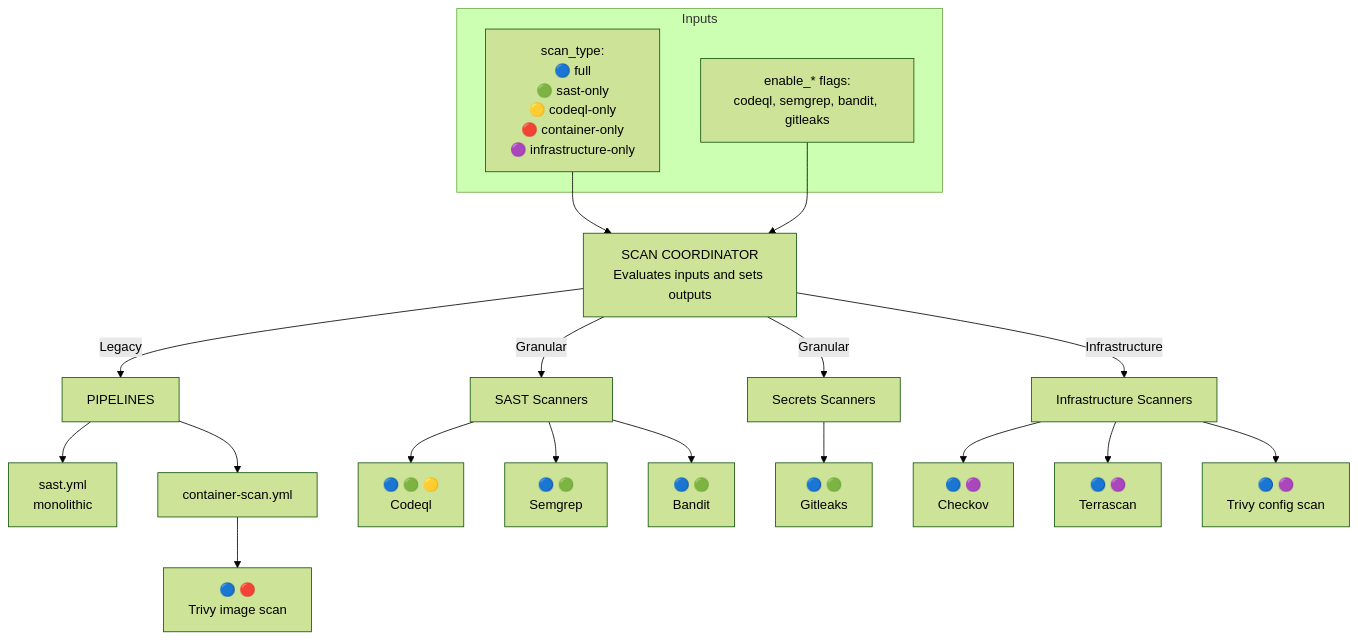
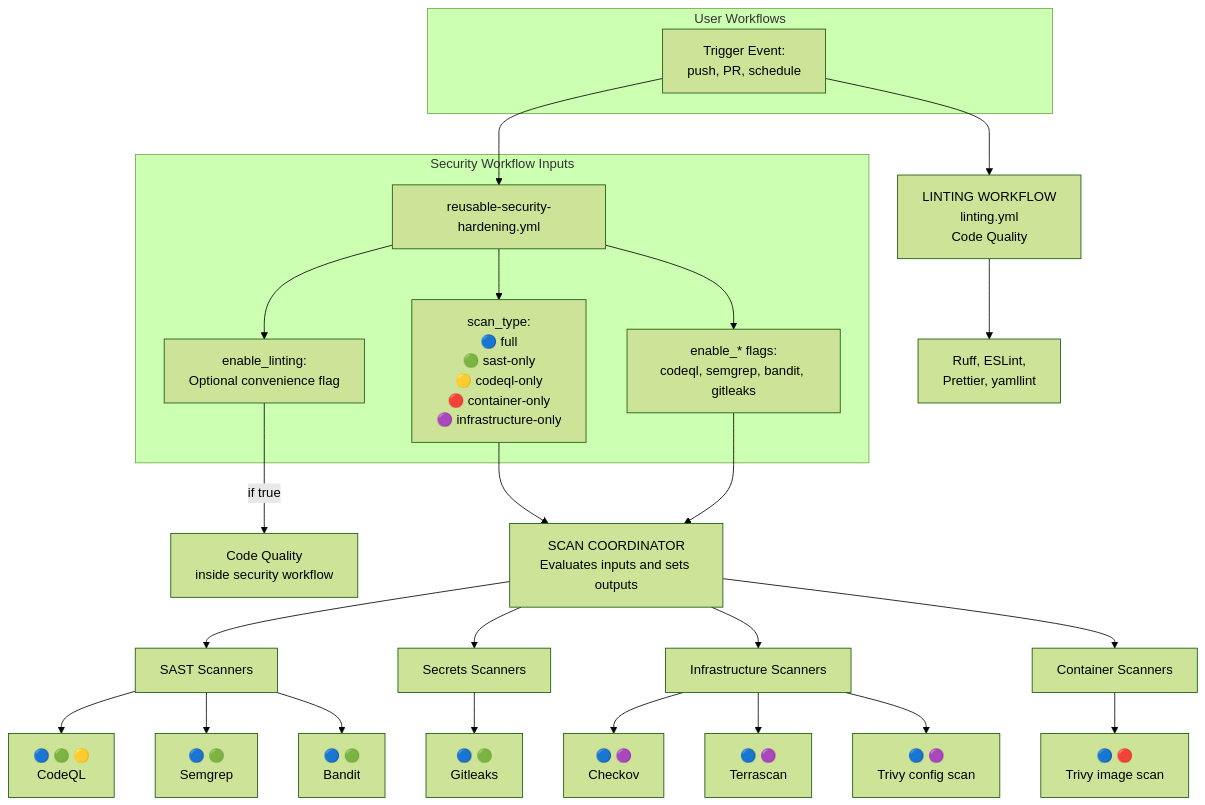
The first of 2 diagrams in docs/architecture.md (huntridge-labs/hardening-workflows), drawn with Mermaid (forest theme) before and after one commit. The commit also changed other lines of this file and 5 other files, not shown here.

First line of the commit message:
feat: separate linting into independent workflow with optional integration

````diff
--- a/docs/architecture.md
+++ b/docs/architecture.md
@@ -6,32 +6,47 @@
 ```mermaid
 graph TB
-    subgraph Inputs
+    subgraph "User Workflows"
+        TRIGGER[Trigger Event:<br/>push, PR, schedule]
+    end
+    
+    TRIGGER --> LINT[LINTING WORKFLOW<br/>linting.yml<br/>Code Quality]
+    TRIGGER --> SEC_INPUT
+    
+    subgraph "Security Workflow Inputs"
+        SEC_INPUT[reusable-security-hardening.yml]
         ST["scan_type:<br/>🔵 full<br/>🟢 sast-only<br/>🟡 codeql-only<br/>🔴 container-only<br/>🟣 infrastructure-only"]
         EF[enable_* flags:<br/>codeql, semgrep, bandit, gitleaks]
+        EL[enable_linting:<br/>Optional convenience flag]
     end
+    
+    SEC_INPUT --> ST
+    SEC_INPUT --> EF
+    SEC_INPUT --> EL
+    
+    LINT --> LINT_TOOLS[Ruff, ESLint,<br/>Prettier, yamllint]
+    
+    EL --> |if true| LINT_IN_SEC[Code Quality<br/>inside security workflow]
     
     ST --> SC
     EF --> SC
     
     SC[SCAN COORDINATOR<br/>Evaluates inputs and sets outputs]
     
-    SC --> |Legacy| PL[PIPELINES]
-    SC --> |Granular| SAST_DIR[SAST Scanners]
-    SC --> |Granular| SEC_DIR[Secrets Scanners]
-    SC --> |Infrastructure| IF[Infrastructure Scanners]
+    SC --> SAST_DIR[SAST Scanners]
+    SC --> SEC_DIR[Secrets Scanners]
+    SC --> INFRA_DIR[Infrastructure Scanners]
+    SC --> CONTAINER_DIR[Container Scanners]
     
-    PL --> SAST[sast.yml<br/>monolithic]
-    PL --> CS[container-scan.yml]
-    
-    SAST_DIR --> CQ["🔵 🟢 🟡<br/>Codeql"]
+    SAST_DIR --> CQ["🔵 🟢 🟡<br/>CodeQL"]
     SAST_DIR --> SG["🔵 🟢<br/>Semgrep"]
     SAST_DIR --> BD["🔵 🟢<br/>Bandit"]
 
     SEC_DIR --> GL["🔵 🟢<br/>Gitleaks"]
     
-    CS --> TR1["🔵 🔴<br/>Trivy image scan"]
-    IF --> CK["🔵 🟣<br/>Checkov"]
-    IF --> TS["🔵 🟣<br/>Terrascan"]
-    IF --> TR2["🔵 🟣<br/>Trivy config scan"]
+    CONTAINER_DIR --> TR1["🔵 🔴<br/>Trivy image scan"]
+    
+    INFRA_DIR --> CK["🔵 🟣<br/>Checkov"]
+    INFRA_DIR --> TS["🔵 🟣<br/>Terrascan"]
+    INFRA_DIR --> TR2["🔵 🟣<br/>Trivy config scan"]
     
 ```
````
